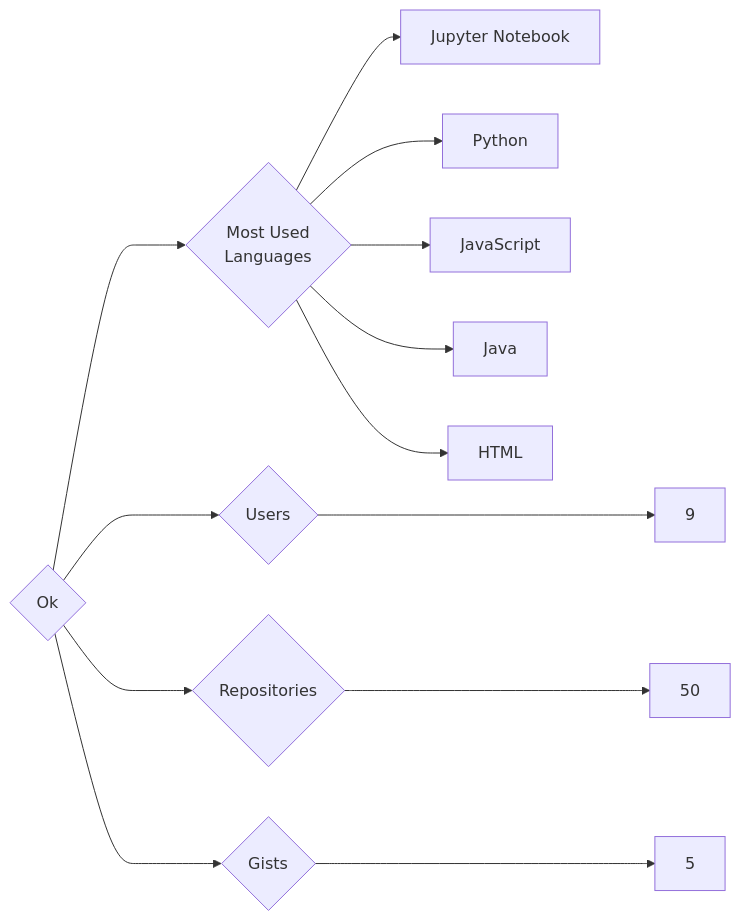
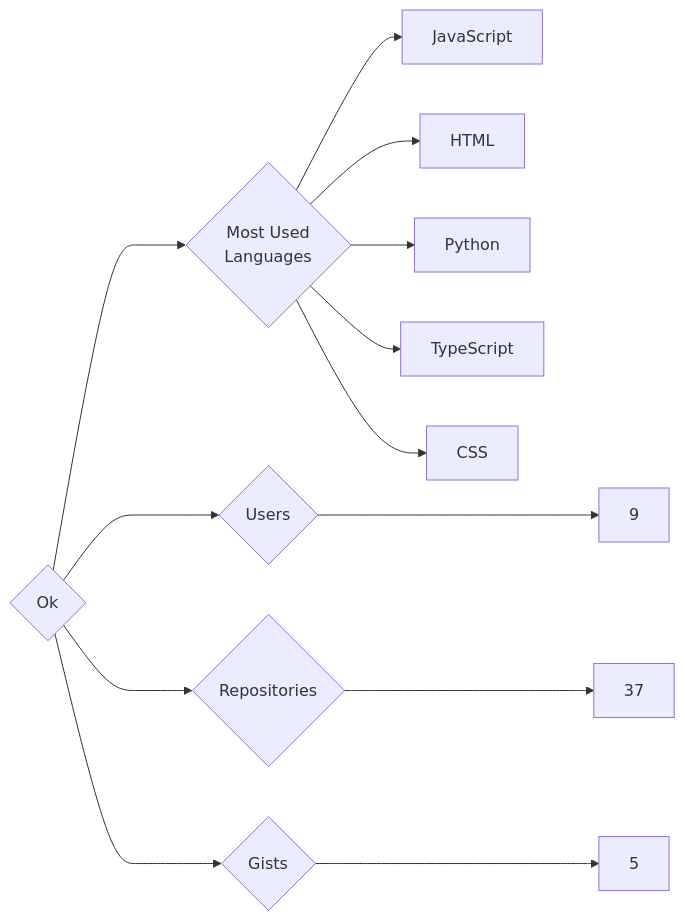
The diagram in targets/Ok/README.md (trickest/insiders), drawn with Mermaid before and after one commit. The commit also changed 895 other files, not shown here.

````diff
--- a/targets/Ok/README.md
+++ b/targets/Ok/README.md
@@ -3,13 +3,13 @@
 ```mermaid
 graph LR
 COMPANY_NAME{Ok}
 COMPANY_NAME ---> U{Users} ---> UN[9]
-COMPANY_NAME ---> R{Repositories} ---> RN[50]
+COMPANY_NAME ---> R{Repositories} ---> RN[37]
 COMPANY_NAME ---> G{Gists} ---> GN[5]
 COMPANY_NAME ---> ML{Most Used<br>Languages}
-ML --> Jupyter_Notebook[Jupyter Notebook]
+ML --> JavaScript[JavaScript]
+ML --> HTML[HTML]
 ML --> Python[Python]
-ML --> JavaScript[JavaScript]
-ML --> Java[Java]
-ML --> HTML[HTML]
+ML --> TypeScript[TypeScript]
+ML --> CSS[CSS]
 ```
````
